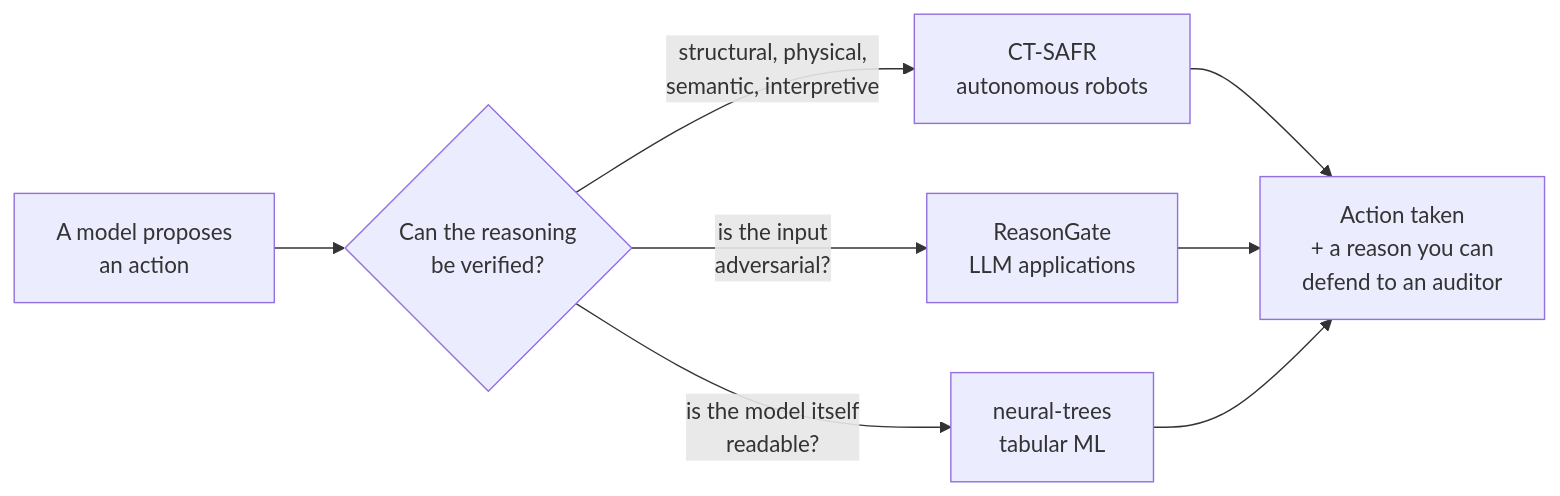
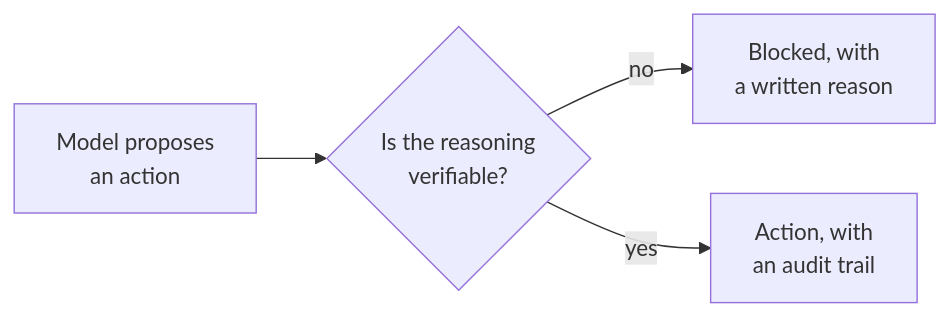
Before and after one commit to cgrtml/cgrtml: the diagram in README.md, drawn with Mermaid. The commit also changed other lines of this file, not shown here.

````diff
--- a/README.md
+++ b/README.md
@@ -22,10 +20,6 @@
 ```mermaid
 flowchart LR
-    A[A model proposes<br/>an action] --> B{Can the reasoning<br/>be verified?}
-    B -->|structural, physical,<br/>semantic, interpretive| C[CT-SAFR<br/>autonomous robots]
-    B -->|is the input<br/>adversarial?| D[ReasonGate<br/>LLM applications]
-    B -->|is the model itself<br/>readable?| E[neural-trees<br/>tabular ML]
-    C --> F[Action taken<br/>+ a reason you can<br/>defend to an auditor]
-    D --> F
-    E --> F
+    A[Model proposes<br/>an action] --> B{Is the reasoning<br/>verifiable?}
+    B -->|no| C[Blocked, with<br/>a written reason]
+    B -->|yes| D[Action, with<br/>an audit trail]
 ```
````
